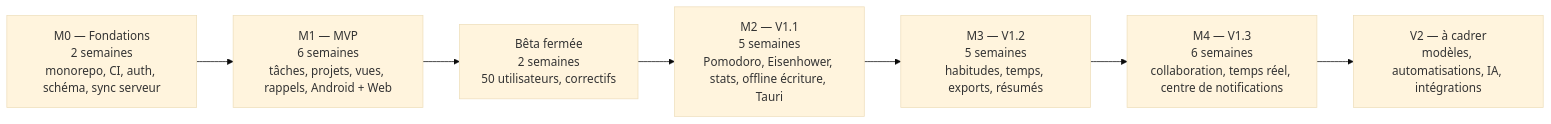
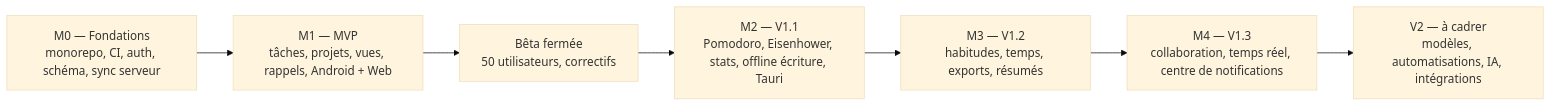
Before and after one commit to Rakotomalala-dev/focus-all: the third of 3 diagrams in docs/02-CAHIER-DES-CHARGES.md, drawn with Mermaid (base theme). The commit also changed other lines of this file, not shown here.

Commit message:
docs: drop calendar estimates from the roadmap
The phases are delivered in order without committed durations, so the remaining
week estimates were misleading. The diagram keeps the sequence and the document
now states explicitly that no duration or target date is engaged.

````diff
--- a/docs/02-CAHIER-DES-CHARGES.md
+++ b/docs/02-CAHIER-DES-CHARGES.md
@@ -619,9 +619,9 @@
 ```mermaid
 flowchart LR
-    M0["M0 — Fondations<br/>2 semaines<br/>monorepo, CI, auth, schéma, sync serveur"] --> M1["M1 — MVP<br/>6 semaines<br/>tâches, projets, vues, rappels, Android + Web"]
-    M1 --> M1b["Bêta fermée<br/>2 semaines<br/>50 utilisateurs, correctifs"]
-    M1b --> M2["M2 — V1.1<br/>5 semaines<br/>Pomodoro, Eisenhower, stats, offline écriture, Tauri"]
-    M2 --> M3["M3 — V1.2<br/>5 semaines<br/>habitudes, temps, exports, résumés"]
-    M3 --> M4["M4 — V1.3<br/>6 semaines<br/>collaboration, temps réel, centre de notifications"]
+    M0["M0 — Fondations<br/>monorepo, CI, auth, schéma, sync serveur"] --> M1["M1 — MVP<br/>tâches, projets, vues, rappels, Android + Web"]
+    M1 --> M1b["Bêta fermée<br/>50 utilisateurs, correctifs"]
+    M1b --> M2["M2 — V1.1<br/>Pomodoro, Eisenhower, stats, offline écriture, Tauri"]
+    M2 --> M3["M3 — V1.2<br/>habitudes, temps, exports, résumés"]
+    M3 --> M4["M4 — V1.3<br/>collaboration, temps réel, centre de notifications"]
     M4 --> V2["V2 — à cadrer<br/>modèles, automatisations, IA, intégrations"]
 ```
````
